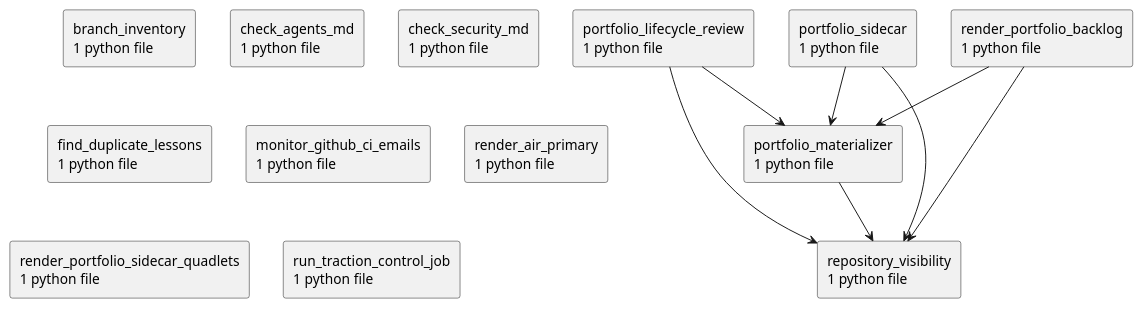
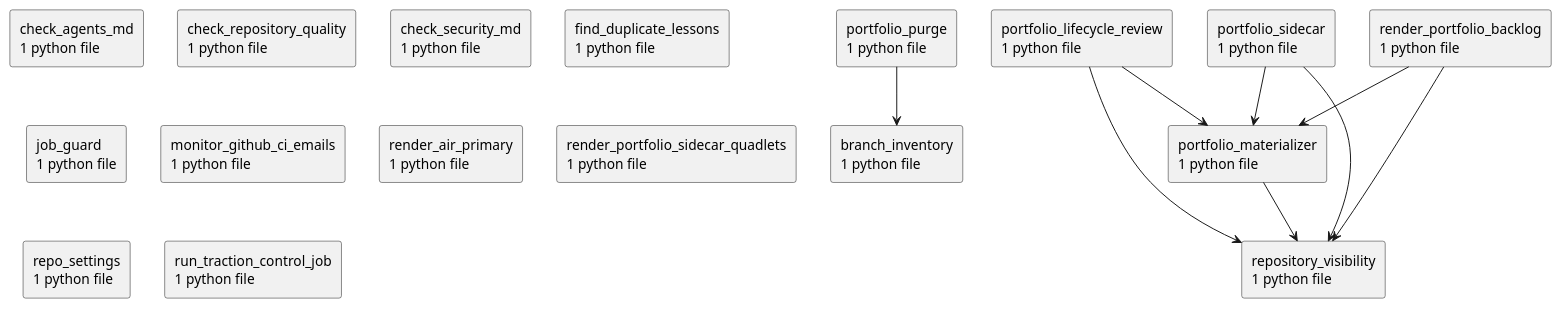
Before and after one commit to casonk/traction-control: the diagram in docs/diagrams/python-packages.puml, drawn with PlantUML. The commit also changed 15 other files, not shown here.

First line of the commit message:
docs: refresh architecture diagrams

```diff
--- a/docs/diagrams/python-packages.puml
+++ b/docs/diagrams/python-packages.puml
@@ -1,25 +1,30 @@
 @startuml packages_traction-control
 set namespaceSeparator none
 top to bottom direction
 skinparam componentStyle rectangle
 rectangle "branch_inventory\n1 python file" as branch_inventory
 rectangle "check_agents_md\n1 python file" as check_agents_md
+rectangle "check_repository_quality\n1 python file" as check_repository_quality
 rectangle "check_security_md\n1 python file" as check_security_md
 rectangle "find_duplicate_lessons\n1 python file" as find_duplicate_lessons
+rectangle "job_guard\n1 python file" as job_guard
 rectangle "monitor_github_ci_emails\n1 python file" as monitor_github_ci_emails
 rectangle "portfolio_lifecycle_review\n1 python file" as portfolio_lifecycle_review
 rectangle "portfolio_materializer\n1 python file" as portfolio_materializer
+rectangle "portfolio_purge\n1 python file" as portfolio_purge
 rectangle "portfolio_sidecar\n1 python file" as portfolio_sidecar
 rectangle "render_air_primary\n1 python file" as render_air_primary
 rectangle "render_portfolio_backlog\n1 python file" as render_portfolio_backlog
 rectangle "render_portfolio_sidecar_quadlets\n1 python file" as render_portfolio_sidecar_quadlets
+rectangle "repo_settings\n1 python file" as repo_settings
 rectangle "repository_visibility\n1 python file" as repository_visibility
 rectangle "run_traction_control_job\n1 python file" as run_traction_control_job
 portfolio_lifecycle_review --> portfolio_materializer
 portfolio_lifecycle_review --> repository_visibility
 portfolio_materializer --> repository_visibility
+portfolio_purge --> branch_inventory
 portfolio_sidecar --> portfolio_materializer
 portfolio_sidecar --> repository_visibility
 render_portfolio_backlog --> portfolio_materializer
 render_portfolio_backlog --> repository_visibility
 @enduml
```
